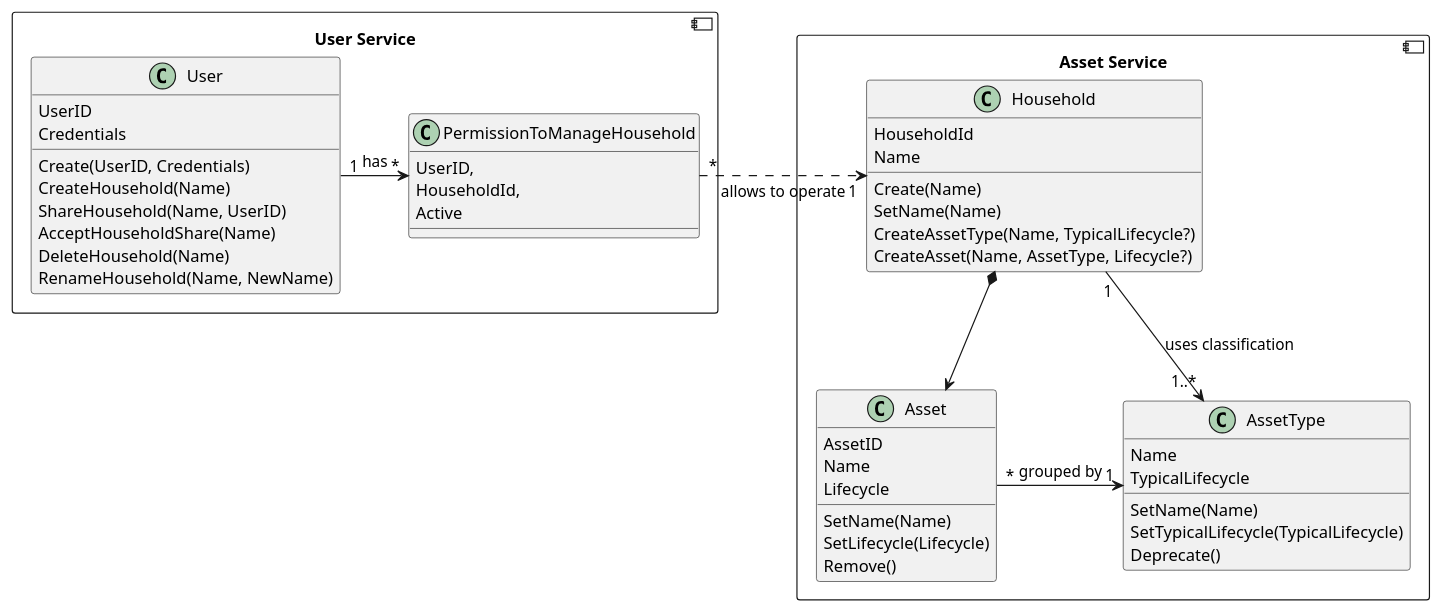
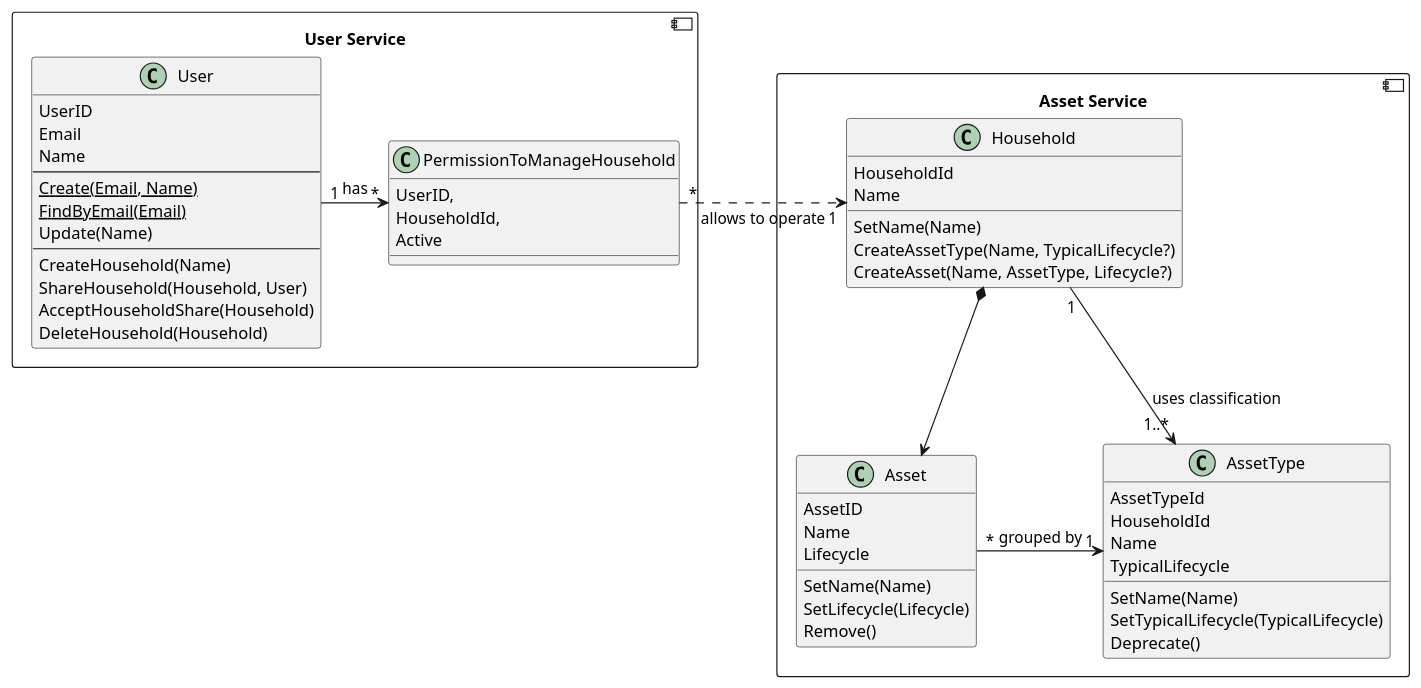
One commit to AVEducationalProjects/PAM changed the diagram in docs/domain.puml. Above: the diagram before and after it, drawn with PlantUML. The commit also changed 31 other files, not shown here.

```diff
--- a/docs/domain.puml
+++ b/docs/domain.puml
@@ -1,67 +1,71 @@
 @startuml Domain model
 
 component "User Service"{
 
     class User {
         UserID
-        Credentials
-
-        Create(UserID, Credentials)
+        Email
+        Name
+        --
+        {static} Create(Email, Name)
+        {static} FindByEmail(Email)
+        Update(Name)
+        --
         CreateHousehold(Name)
-        ShareHousehold(Name, UserID)
-        AcceptHouseholdShare(Name)
-        DeleteHousehold(Name)
-        RenameHousehold(Name, NewName)
+        ShareHousehold(Household, User)
+        AcceptHouseholdShare(Household)
+        DeleteHousehold(Household)
     }
 
     class PermissionToManageHousehold{
         UserID,
         HouseholdId,
         Active
     }
 
     User "1"->"*" PermissionToManageHousehold : has
 
 }
 
 component "Asset Service" as AssetBase{
 
     class Household{
         HouseholdId
         Name
 
-        Create(Name)
         SetName(Name)
         CreateAssetType(Name, TypicalLifecycle?)
         CreateAsset(Name, AssetType, Lifecycle?)
     }
 
     class AssetType{
+        AssetTypeId
+        HouseholdId
         Name
         TypicalLifecycle
 
         SetName(Name)
         SetTypicalLifecycle(TypicalLifecycle)
         Deprecate()
     }
 
 
     class Asset{
         AssetID
         Name
         Lifecycle
 
         SetName(Name)
         SetLifecycle(Lifecycle)
         Remove()
     }
 
     Household "1"==>"1..*" AssetType: uses classification
     Household *--> Asset
     Asset "*" -> "1" AssetType : grouped by
 }
 
 
 Household "1" <.left. "*" PermissionToManageHousehold : allows to operate
 
 @enduml
```
